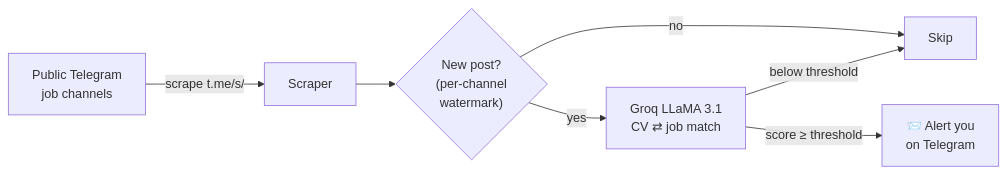
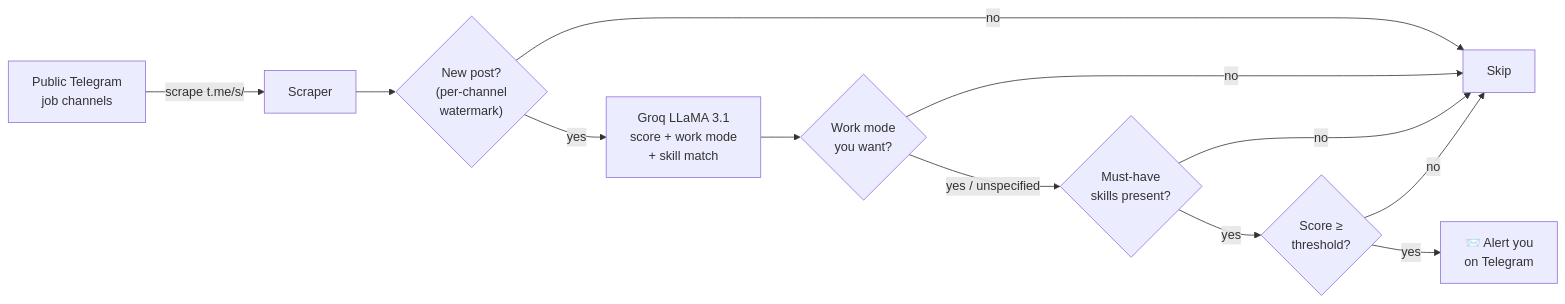
Before and after one commit to Nerses01/telegram-job-matcher: the diagram in README.md, drawn with Mermaid. The commit also changed other lines of this file and 11 other files, not shown here.

Commit message:
Add work-mode and skills filters to job matching

````diff
--- a/README.md
+++ b/README.md
@@ -34,9 +34,14 @@
 ```mermaid
 flowchart LR
     A["Public Telegram<br/>job channels"] -->|scrape t.me/s/| B[Scraper]
     B --> C{"New post?<br/>(per-channel<br/>watermark)"}
     C -- no --> S[Skip]
-    C -- yes --> D["Groq LLaMA 3.1<br/>CV ⇄ job match"]
-    D -->|score ≥ threshold| E["📨 Alert you<br/>on Telegram"]
-    D -->|below threshold| S
+    C -- yes --> D["Groq LLaMA 3.1<br/>score + work mode<br/>+ skill match"]
+    D --> F{"Work mode<br/>you want?"}
+    F -- no --> S
+    F -- "yes / unspecified" --> G{"Must-have<br/>skills present?"}
+    G -- no --> S
+    G -- yes --> H{"Score ≥<br/>threshold?"}
+    H -- no --> S
+    H -- yes --> E["📨 Alert you<br/>on Telegram"]
 ```
````
